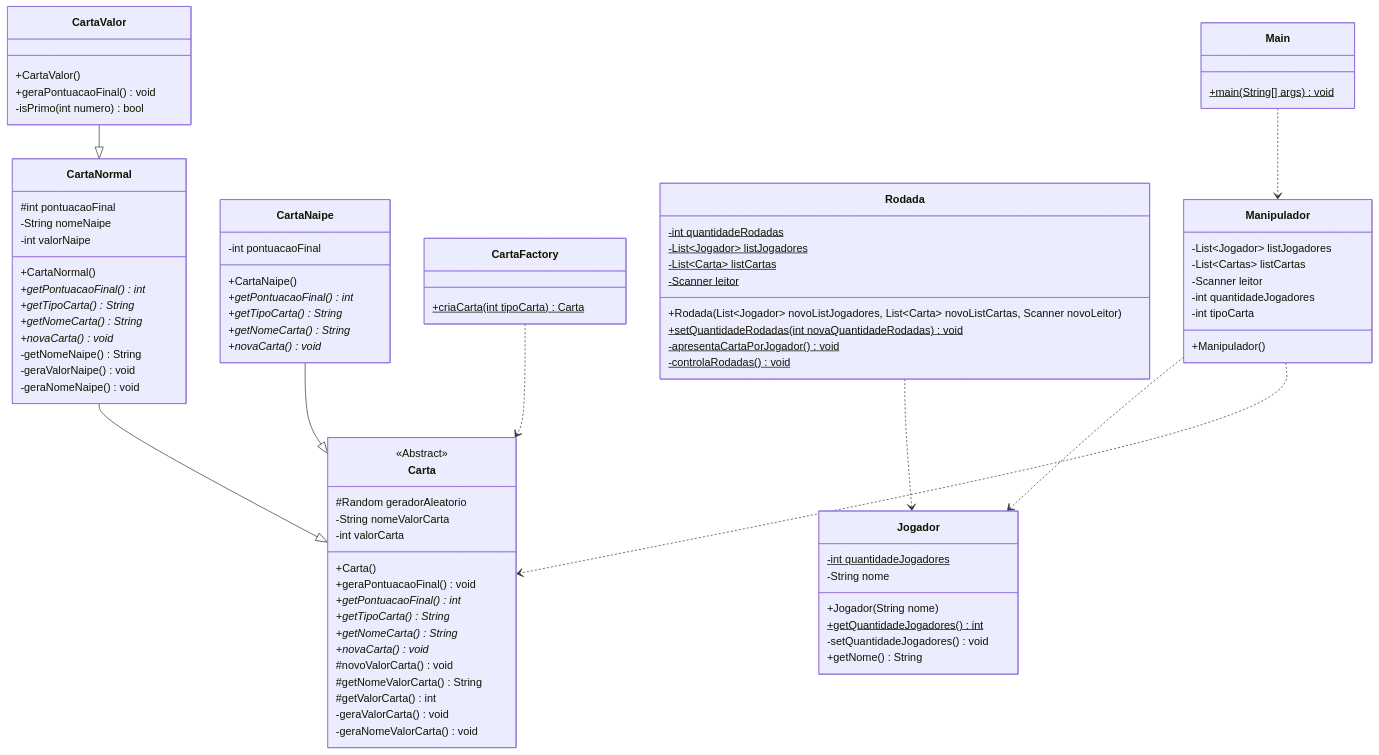
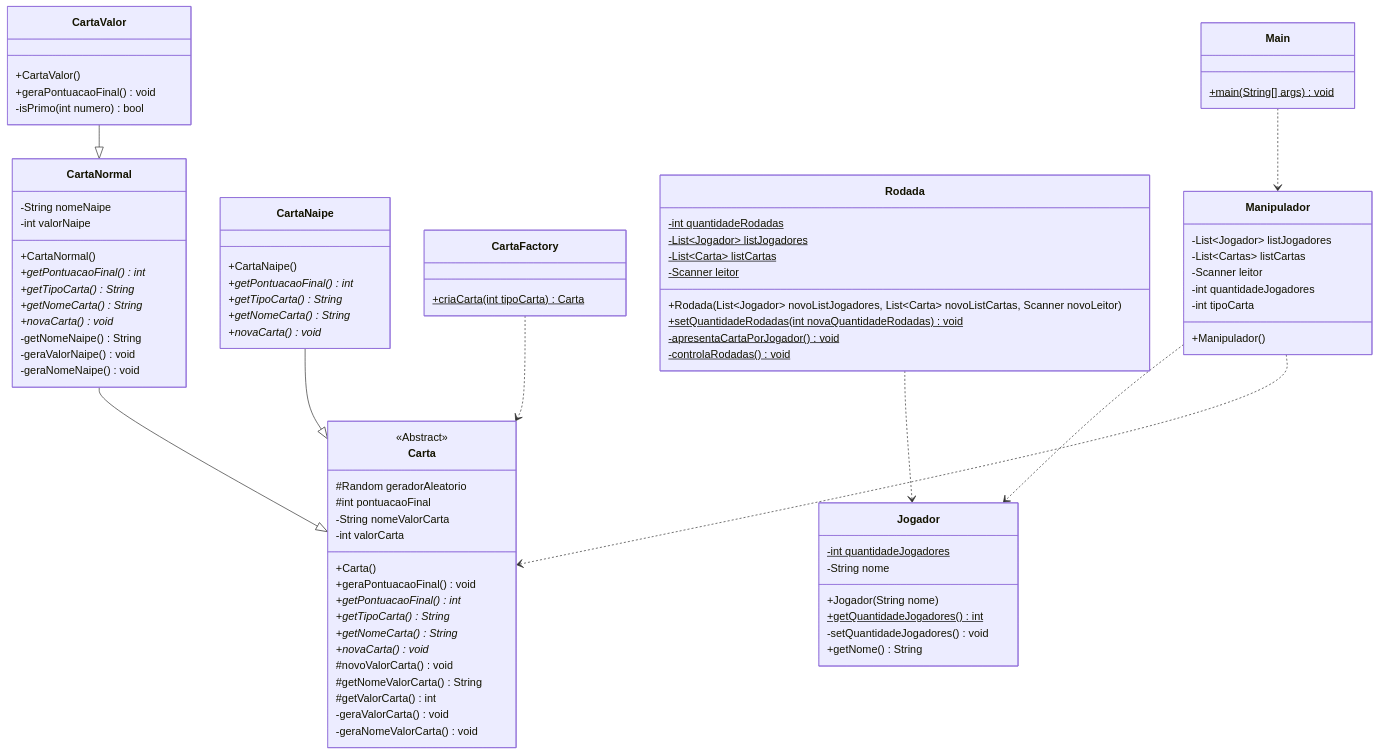
One commit to Nicolas-albu/Jogo-Cartas changed the diagram in README.md. Above: the diagram before and after it, drawn with Mermaid. The commit also changed 3 other files, not shown here.

```diff
--- a/README.md
+++ b/README.md
@@ -74,46 +74,45 @@
 class Carta {
     <<Abstract>>
     #Random geradorAleatorio
+    #int pontuacaoFinal
     -String nomeValorCarta
     -int valorCarta
+    +Carta()
+    +geraPontuacaoFinal() void
+    +getPontuacaoFinal()* int
+    +getTipoCarta()* String
+    +getNomeCarta()* String
+    +novaCarta()* void
+    #novoValorCarta() void
+    #getNomeValorCarta() String
+    #getValorCarta() int
+    -geraValorCarta() void
+    -geraNomeValorCarta() void
 }
 
-Carta : +Carta()
-Carta : +geraPontuacaoFinal() void
-Carta : +getPontuacaoFinal()* int
-Carta : +getTipoCarta()* String
-Carta : +getNomeCarta()* String
-Carta : +novaCarta()* void
-Carta : #novoValorCarta() void
-Carta : #getNomeValorCarta() String
-Carta : #getValorCarta() int
-Carta : -geraValorCarta() void
-Carta : -geraNomeValorCarta() void
 
 class CartaNormal {
-    #int pontuacaoFinal
     -String nomeNaipe
     -int valorNaipe
+    +CartaNormal()
+    +getPontuacaoFinal()* int
+    +getTipoCarta()* String
+    +getNomeCarta()* String
+    +novaCarta()* void
+    -getNomeNaipe() String
+    -geraValorNaipe() void
+    -geraNomeNaipe() void
 }
 
-CartaNormal : +CartaNormal()
-CartaNormal : +getPontuacaoFinal()* int
-CartaNormal : +getTipoCarta()* String
-CartaNormal : +getNomeCarta()* String
-CartaNormal : +novaCarta()* void
-CartaNormal : -getNomeNaipe() String
-CartaNormal : -geraValorNaipe() void
-CartaNormal : -geraNomeNaipe() void
 
 class CartaNaipe {
-    -int pontuacaoFinal
+    +CartaNaipe()
+    +getPontuacaoFinal()* int
+    +getTipoCarta()* String
+    +getNomeCarta()* String
+    +novaCarta()* void
 }
 
-CartaNaipe : +CartaNaipe()
-CartaNaipe : +getPontuacaoFinal()* int
-CartaNaipe : +getTipoCarta()* String
-CartaNaipe : +getNomeCarta()* String
-CartaNaipe : +novaCarta()* void
 
 class CartaValor {
     +CartaValor()
@@ -121,9 +120,11 @@
     -isPrimo(int numero) bool
 }
 
+
 class CartaFactory {
     +criaCarta(int tipoCarta)$ Carta
 }
+
 
 class Jogador {
     -int quantidadeJogadores$
@@ -133,6 +134,7 @@
     -setQuantidadeJogadores() void
     +getNome() String
 }
+
 
 class Rodada {
     -int quantidadeRodadas$
@@ -144,6 +146,7 @@
     -apresentaCartaPorJogador()$ void
     -controlaRodadas()$ void
 }
+
 
 class Manipulador {
     -List~Jogador~ listJogadores
```
